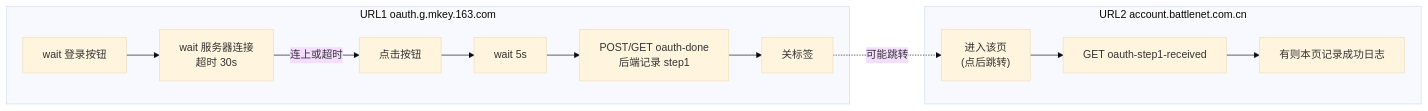
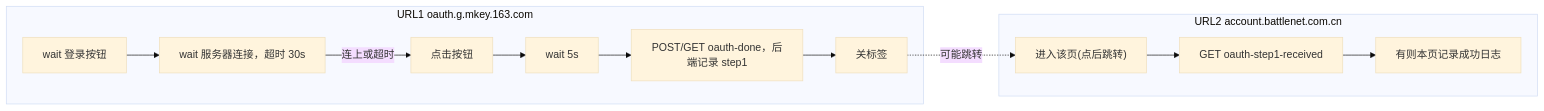
Before and after one commit to accountbelongstox/core_node: the second of 2 diagrams in pyapps/d3-check/docs/ROSBOT_FLOW_MERMAID.md, drawn with Mermaid (base theme). The commit also changed other lines of this file and 6 other files, not shown here.

````diff
--- a/pyapps/d3-check/docs/ROSBOT_FLOW_MERMAID.md
+++ b/pyapps/d3-check/docs/ROSBOT_FLOW_MERMAID.md
@@ -238,26 +256,26 @@
 ```mermaid
 flowchart LR
     subgraph URL1["URL1 oauth.g.mkey.163.com"]
         T1_WaitBtn["wait 登录按钮"]
-        T1_WaitSrv["wait 服务器连接\n超时 30s"]
+        T1_WaitSrv["wait 服务器连接，超时 30s"]
         T1_Click["点击按钮"]
         T1_Wait5["wait 5s"]
-        T1_Notify["POST/GET oauth-done\n后端记录 step1"]
+        T1_Notify["POST/GET oauth-done，后端记录 step1"]
         T1_Close["关标签"]
         T1_WaitBtn --> T1_WaitSrv
         T1_WaitSrv -->|连上或超时| T1_Click
         T1_Click --> T1_Wait5
         T1_Wait5 --> T1_Notify
         T1_Notify --> T1_Close
     end
 
     subgraph URL2["URL2 account.battlenet.com.cn"]
-        T2_Enter["进入该页\n(点后跳转)"]
+        T2_Enter["进入该页(点后跳转)"]
         T2_Query["GET oauth-step1-received"]
         T2_Log["有则本页记录成功日志"]
         T2_Enter --> T2_Query
         T2_Query --> T2_Log
     end
 
     T1_Close -.->|可能跳转| T2_Enter
 ```
````
